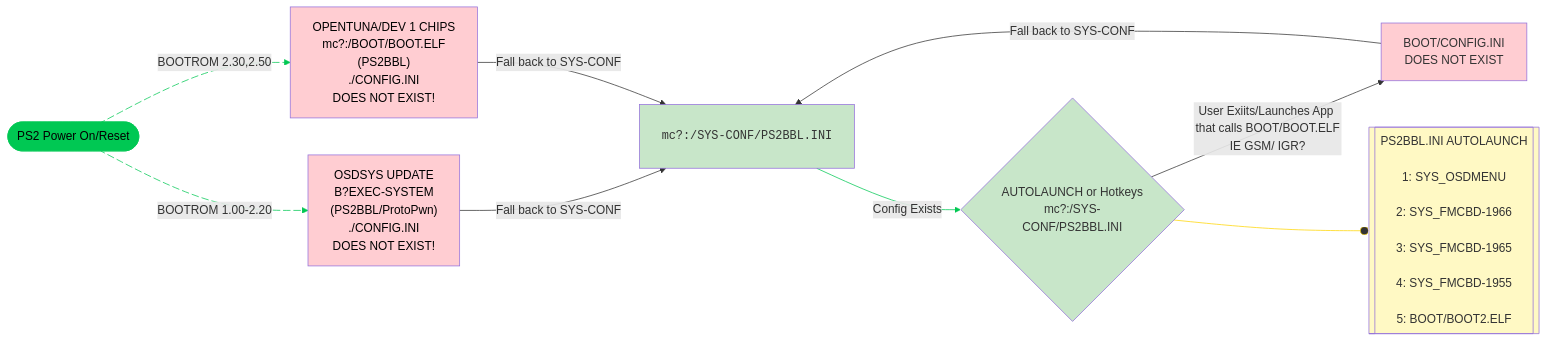
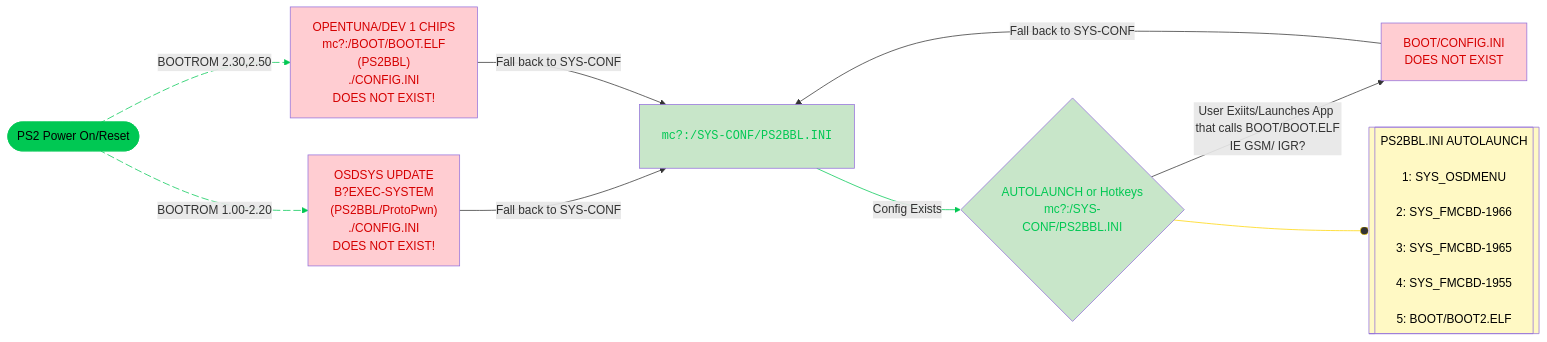
The diagram in docs/umcs/index.md (playerjmr/ps2homebrewstore), drawn with Mermaid before and after one commit.

````diff
--- a/docs/umcs/index.md
+++ b/docs/umcs/index.md
@@ -74,33 +74,33 @@
 ```mermaid
 graph LR
     A(["PS2 Power On/Reset"]) L_A_B_0@-- "BOOTROM 1.00-2.20" --> B["OSDSYS UPDATE<br>B?EXEC-SYSTEM<br>(PS2BBL/ProtoPwn)<br>./CONFIG.INI <br>DOES NOT EXIST!"]
     A L_A_n1_0@-- "BOOTROM 2.30,2.50" --> n1["OPENTUNA/DEV 1 CHIPS<br>mc?:/BOOT/BOOT.ELF<br>(PS2BBL)<br>./CONFIG.INI <br>DOES NOT EXIST!"]
     n5@{ label: "<pre style=\"font-family:\"><code style=\"font-family:\">mc?:/SYS-CONF/PS2BBL.INI</code></pre>" } -- Config Exists --> n6["AUTOLAUNCH or Hotkeys<br>mc?:/SYS-CONF/PS2BBL.INI"]
     B -- "Fall back to SYS-CONF" --> n5
     n1 -- "Fall back to SYS-CONF" --> n5
     n6 -- "User Exiits/Launches App that calls BOOT/BOOT.ELF<br>IE GSM/ IGR?" --> n7["BOOT/CONFIG.INI <br>DOES NOT EXIST"]
     n7 -- "Fall back to SYS-CONF" --> n5
     n6 --o n10@{ label: "PS2BBL.INI AUTOLAUNCH<br style=\"--tw-scale-x:\"><br style=\"--tw-scale-x:\">1: SYS_OSDMENU<br style=\"--tw-scale-x:\"><br style=\"--tw-scale-x:\">2: SYS_FMCBD-1966<br style=\"--tw-scale-x:\"><br style=\"--tw-scale-x:\">3: SYS_FMCBD-1965<br style=\"--tw-scale-x:\"><br style=\"--tw-scale-x:\">4: SYS_FMCBD-1955<br style=\"--tw-scale-x:\"><br style=\"--tw-scale-x:\">5: BOOT/BOOT2.ELF" }
     B@{ shape: rect}
     n1@{ shape: rect}
     n5@{ shape: proc}
     n6@{ shape: diam}
     n7@{ shape: rect}
     n10@{ shape: subproc}
      A:::Ash
     classDef Ash stroke-width:1px, stroke-dasharray:none, stroke:#999999, fill:#EEEEEE, color:#000000
     style A stroke:#00C853,fill:#00C853,color:none
-    style B color:#000000,fill:#FFCDD2
-    style n1 color:#000000,fill:#FFCDD2
-    style n5 fill:#C8E6C9
-    style n6 fill:#C8E6C9
-    style n7 fill:#FFCDD2
-    style n10 fill:#FFF9C4
+    style B color:#D50000,fill:#FFCDD2
+    style n1 color:#D50000,fill:#FFCDD2
+    style n5 fill:#C8E6C9,color:#00C853
+    style n6 fill:#C8E6C9,color:#00C853
+    style n7 fill:#FFCDD2,color:#D50000
+    style n10 fill:#FFF9C4,color:#000000
     linkStyle 0 stroke:#00C853,fill:none
     linkStyle 1 stroke:#00C853,fill:none
     linkStyle 2 stroke:#00C853,fill:none
     linkStyle 7 stroke:#FFD600,fill:none
     L_A_B_0@{ animation: slow } 
     L_A_n1_0@{ animation: slow }
 
 ```
````
